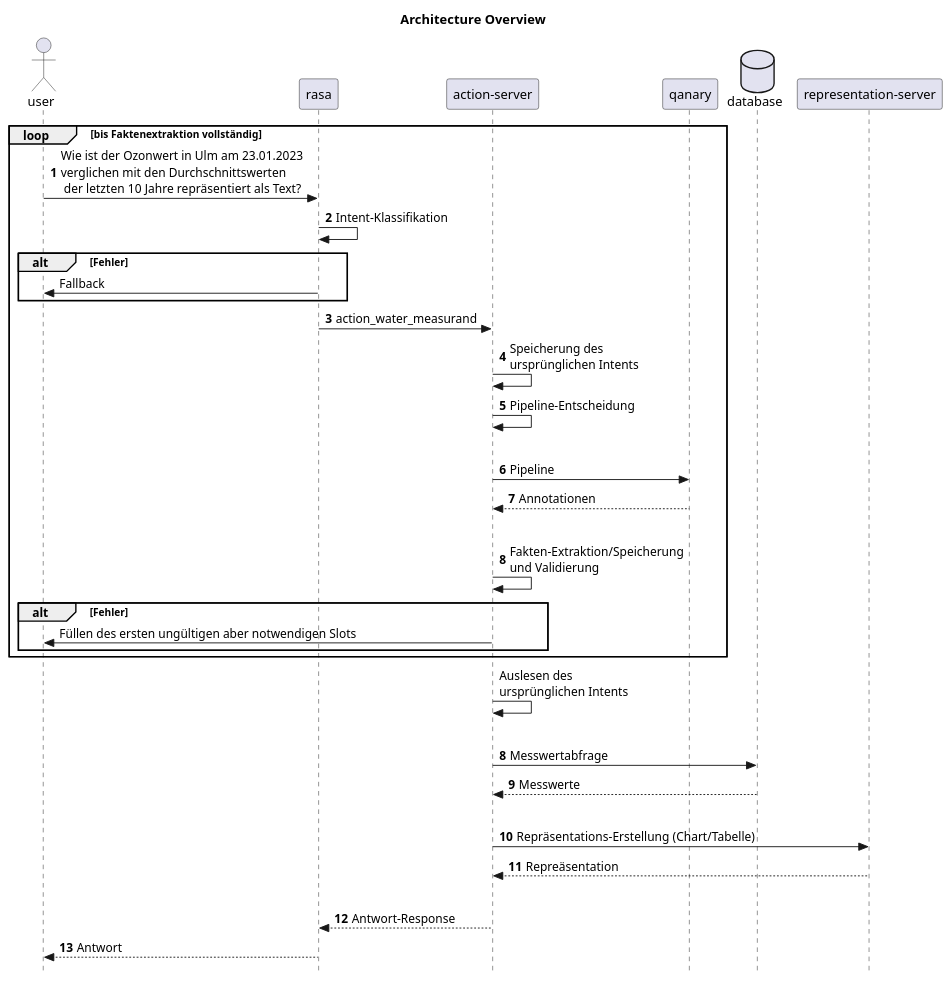
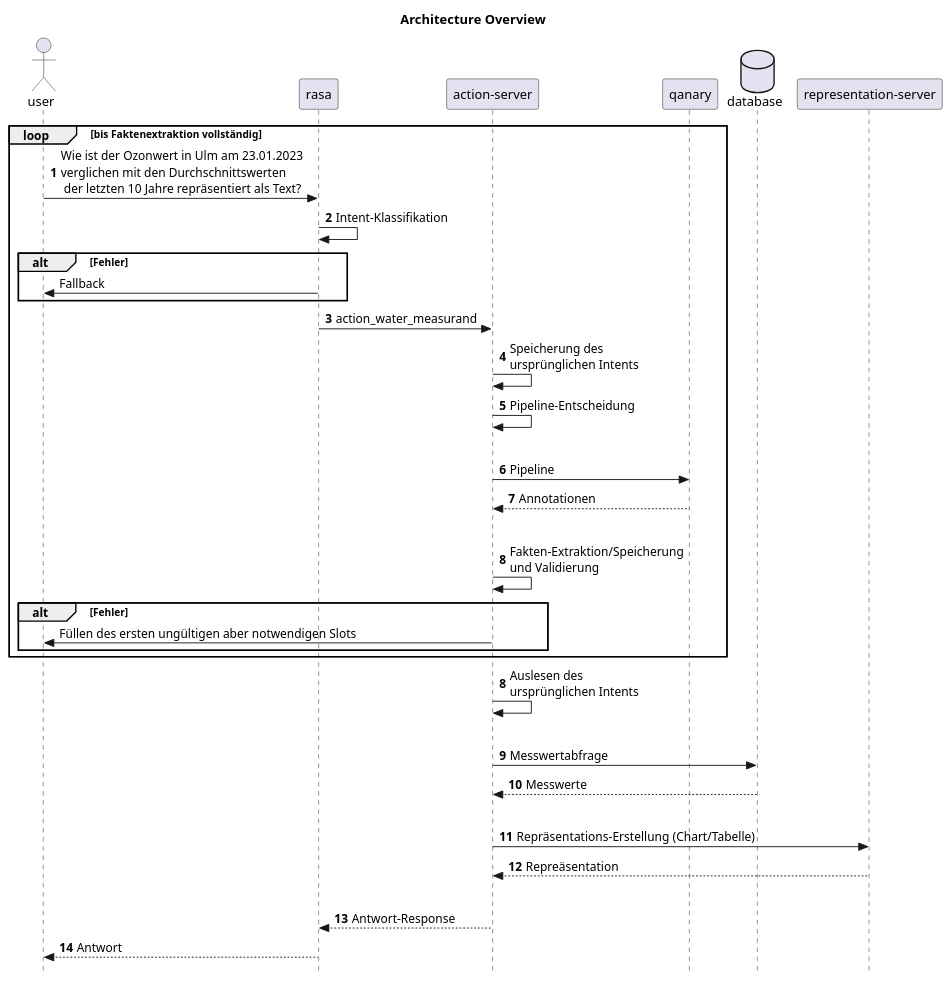
Before and after one commit to fredericbahr/quatsch-project-22: the diagram in docs/diagrams/Makro Architecture.puml, drawn with PlantUML. The commit also changed other lines of this file, not shown here.

```diff
--- a/docs/diagrams/Makro Architecture.puml
+++ b/docs/diagrams/Makro Architecture.puml
@@ -1,59 +1,59 @@
 @startuml Architecture
 skinparam Style strictuml
 autonumber
 skinparam BoxPadding 15
 
 title Architecture Overview
 
 actor "user"
 
 loop bis Faktenextraktion vollständig
 
 "user" -> rasa: Wie ist der Ozonwert in Ulm am 23.01.2023\nverglichen mit den Durchschnittswerten\n der letzten 10 Jahre repräsentiert als Text?
 
 rasa -> rasa: Intent-Klassifikation
 
 alt Fehler
     autonumber stop
     "rasa" -> "user": Fallback
 end
 
 autonumber 3
 rasa -> "action-server": action_water_measurand
 "action-server" -> "action-server": Speicherung des\nursprünglichen Intents
 "action-server"-> "action-server": Pipeline-Entscheidung
 
 |||
 
 "action-server" -> qanary: Pipeline
 "action-server" <-- qanary: Annotationen
 
 |||
 
 "action-server" -> "action-server": Fakten-Extraktion/Speicherung\nund Validierung
 
 alt Fehler
     autonumber stop
     "action-server" -> user: Füllen des ersten ungültigen aber notwendigen Slots
 end
 end
 
+autonumber 8
 "action-server" -> "action-server": Auslesen des\nursprünglichen Intents
 
 |||
 
 database "database"
-autonumber 8
 "action-server" -> "database": Messwertabfrage
 "action-server" <-- "database": Messwerte
 
 |||
 
 "action-server" -> "representation-server": Repräsentations-Erstellung (Chart/Tabelle)
 "action-server" <-- "representation-server": Repreäsentation
 
 |||
 
 rasa <-- "action-server": Antwort-Response
 user <-- rasa: Antwort
 @enduml
```
